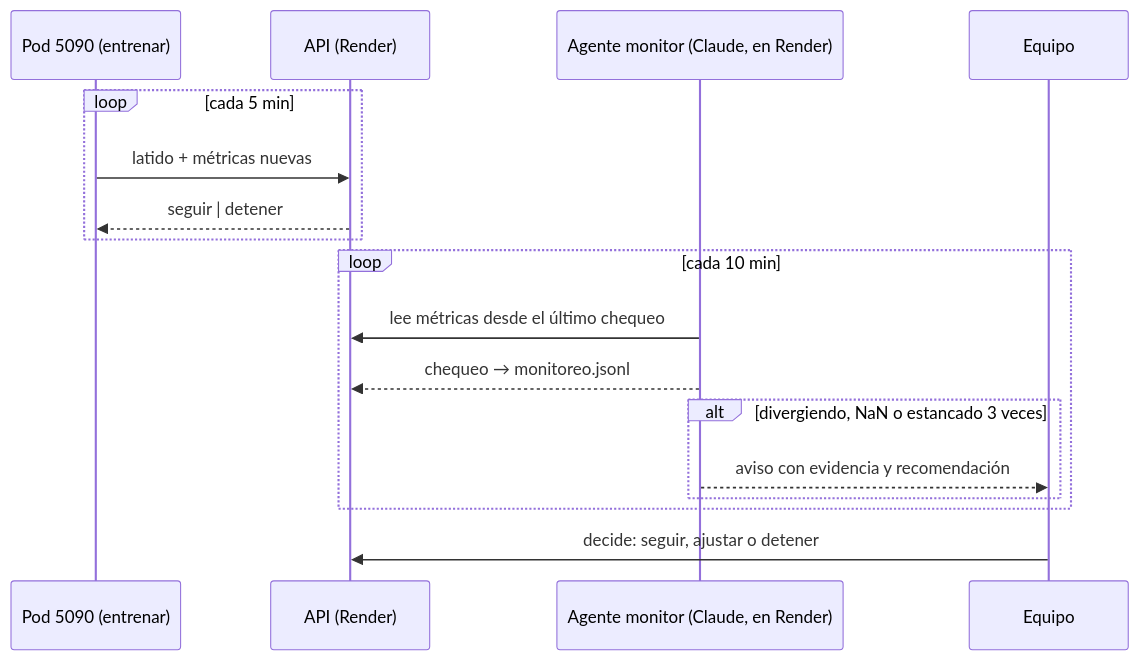
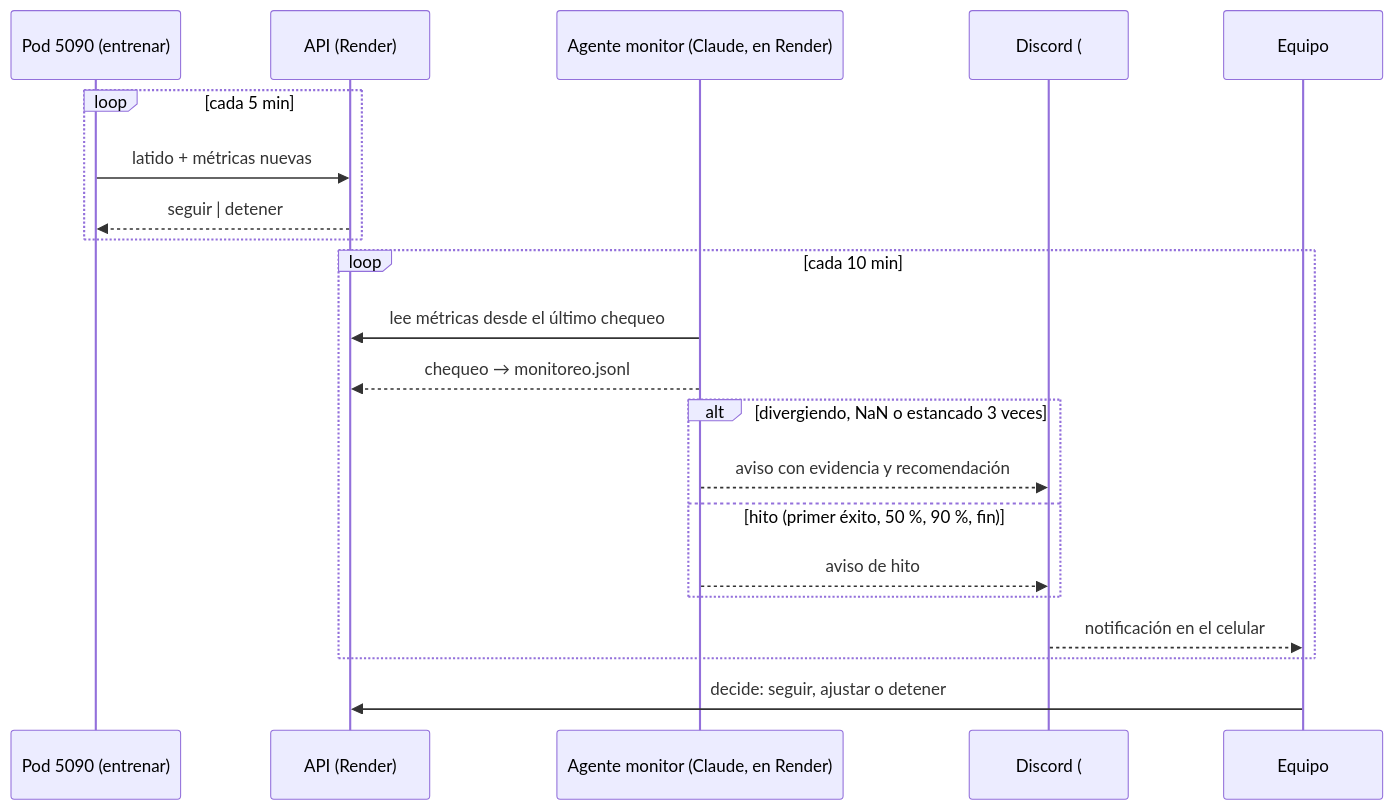
Before and after one commit to platanus-hack/platanus-hack-26-cl-team-4: the diagram in docs/agentes/monitor-entrenamiento.md, drawn with Mermaid. The commit also changed other lines of this file and 6 other files, not shown here.

````diff
--- a/docs/agentes/monitor-entrenamiento.md
+++ b/docs/agentes/monitor-entrenamiento.md
@@ -6,19 +7,23 @@
 ```mermaid
 sequenceDiagram
   participant P as Pod 5090 (entrenar)
   participant A as API (Render)
   participant M as Agente monitor (Claude, en Render)
+  participant D as Discord (#entrenamiento)
   participant E as Equipo
   loop cada 5 min
     P->>A: latido + métricas nuevas
     A-->>P: seguir | detener
   end
   loop cada 10 min
     M->>A: lee métricas desde el último chequeo
     M-->>A: chequeo → monitoreo.jsonl
     alt divergiendo, NaN o estancado 3 veces
-      M-->>E: aviso con evidencia y recomendación
+      M-->>D: aviso con evidencia y recomendación
+    else hito (primer éxito, 50 %, 90 %, fin)
+      M-->>D: aviso de hito
     end
+    D-->>E: notificación en el celular
   end
   E->>A: decide: seguir, ajustar o detener
 ```
````
